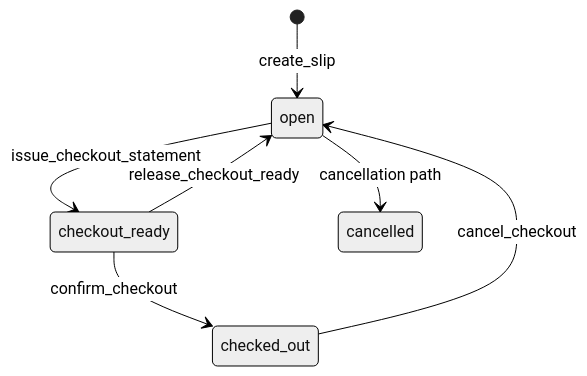
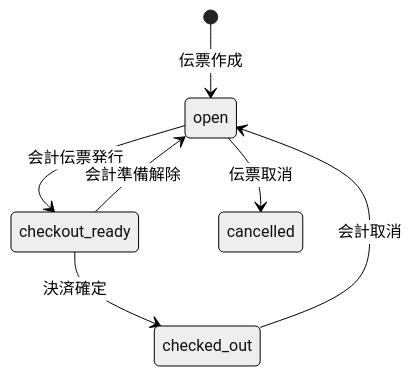
The third of 3 diagrams in ProsperApp/docs/system-specification.md (mutuki4245-a11y/ProsperApp-review), drawn with Mermaid (neutral theme) before and after one commit. The commit also changed other lines of this file and 19 other files, not shown here.

````diff
--- a/ProsperApp/docs/system-specification.md
+++ b/ProsperApp/docs/system-specification.md
@@ -182,9 +297,9 @@
 ```mermaid
 stateDiagram-v2
-    [*] --> open: create_slip
-    open --> checkout_ready: issue_checkout_statement
-    checkout_ready --> open: release_checkout_ready
-    checkout_ready --> checked_out: confirm_checkout
-    checked_out --> open: cancel_checkout
-    open --> cancelled: cancellation path
+    [*] --> open: 伝票作成
+    open --> checkout_ready: 会計伝票発行
+    checkout_ready --> open: 会計準備解除
+    checkout_ready --> checked_out: 決済確定
+    checked_out --> open: 会計取消
+    open --> cancelled: 伝票取消
 ```
````
